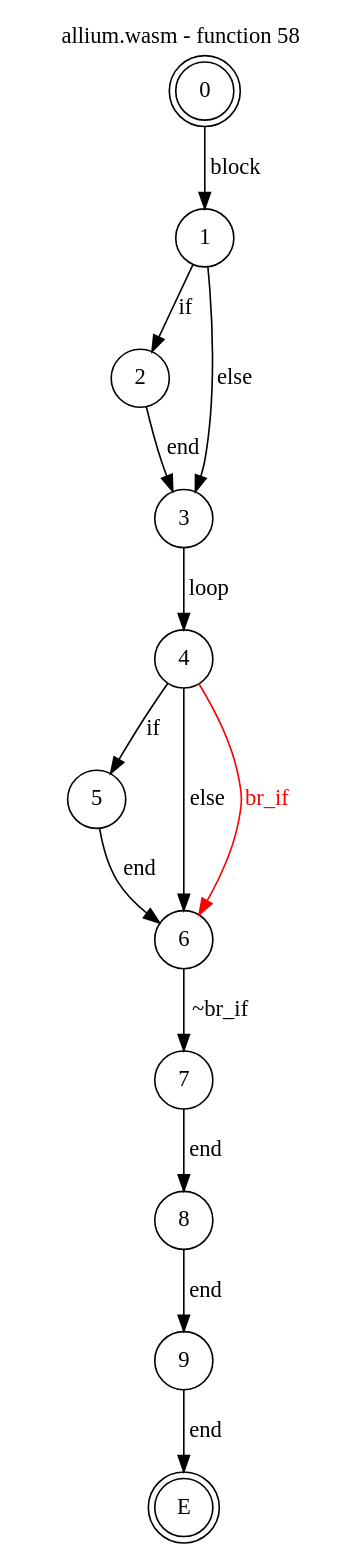
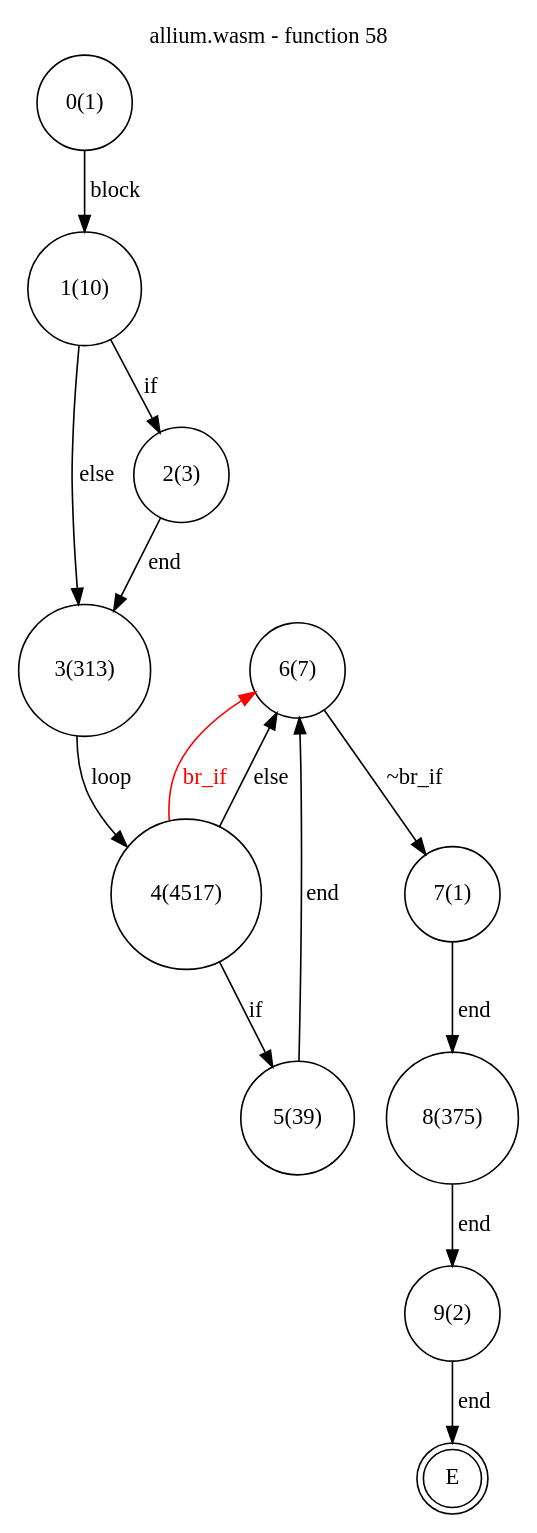
Before and after one commit to jsCarleton/wanalyze: the diagram in test_cases/allium/funcs/allium-func58.dot, drawn with Graphviz. The commit also changed 145 other files, not shown here.

```diff
--- a/test_cases/allium/funcs/allium-func58.dot
+++ b/test_cases/allium/funcs/allium-func58.dot
@@ -1,22 +1,32 @@
 digraph finite_state_machine {
     label = "allium.wasm - function 58"
     labelloc =  t
     labelfontsize = 16
     labelfontcolor = black
     labelfontname = "Helvetica"
-    node [shape = doublecircle]; 0 E ;
-    node [shape = circle];
+    node [shape = doublecircle]; E ;
+node [shape=circle, fontcolor=black, style="", label="0(1)"]0
+node [shape=circle, fontcolor=black, style="", label="1(10)"]1
+node [shape=circle, fontcolor=black, style="", label="2(3)"]2
+node [shape=circle, fontcolor=black, style="", label="3(313)"]3
+node [shape=circle, fontcolor=black, style="", label="4(4517)"]4
+node [shape=circle, fontcolor=black, style="", label="5(39)"]5
+node [shape=circle, fontcolor=black, style="", label="6(7)"]6
+node [shape=circle, fontcolor=black, style="", label="7(1)"]7
+node [shape=circle, fontcolor=black, style="", label="8(375)"]8
+node [shape=circle, fontcolor=black, style="", label="9(2)"]9
+node [shape=circle, fontcolor=black, style="", label="E"]E
     0 -> 1[label="block"];
     1 -> 2[label="if"];
     1 -> 3[label="else"];
     2 -> 3[label="end"];
     3 -> 4[label="loop"];
     4 -> 5[label="if"];
     4 -> 6[label="else"];
     5 -> 6[label="end"];
     6 -> 7[label="~br_if"];
     6 -> 4[color="red" dir=back fontcolor="red" label="br_if"];
     7 -> 8[label="end"];
     8 -> 9[label="end"];
     9 -> E[label="end"];
 }
```
